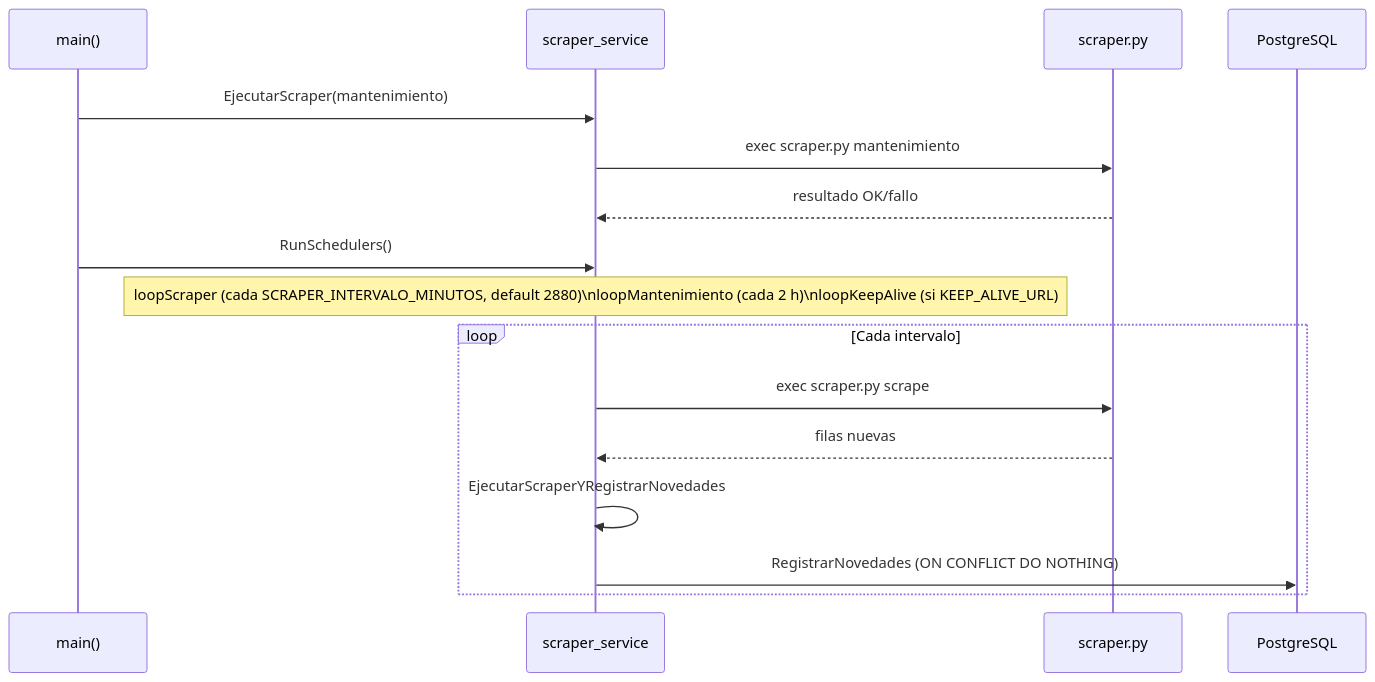
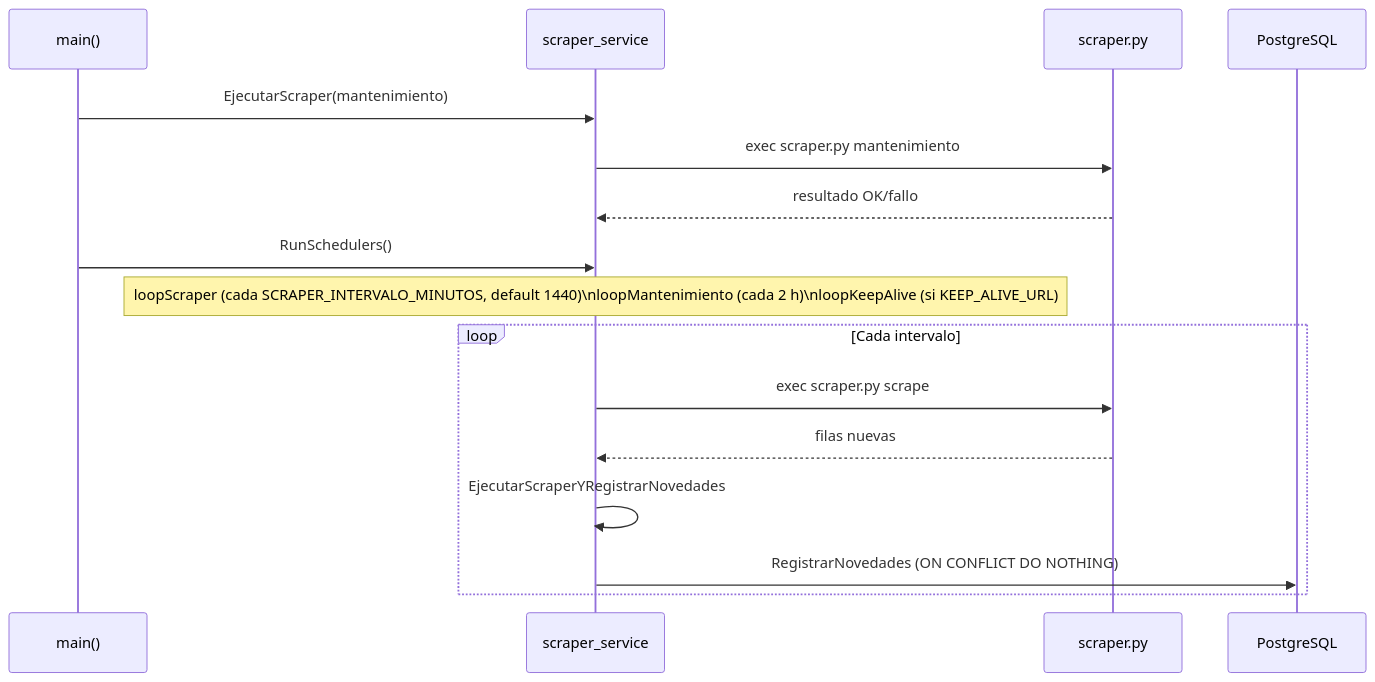
Before and after one commit to FernandezMarcodev/BAsonicos: the fourth of 4 diagrams in docs/arquitectura.md, drawn with Mermaid. The commit also changed other lines of this file and 12 other files, not shown here.

````diff
--- a/docs/arquitectura.md
+++ b/docs/arquitectura.md
@@ -88,19 +86,19 @@
 ```mermaid
 sequenceDiagram
     participant main as main()
     participant S as scraper_service
     participant PY as scraper.py
     participant DB as PostgreSQL
 
     main->>S: EjecutarScraper(mantenimiento)
     S->>PY: exec scraper.py mantenimiento
     PY-->>S: resultado OK/fallo
     main->>S: RunSchedulers()
-    Note over S: loopScraper (cada SCRAPER_INTERVALO_MINUTOS, default 2880)\nloopMantenimiento (cada 2 h)\nloopKeepAlive (si KEEP_ALIVE_URL)
+    Note over S: loopScraper (cada SCRAPER_INTERVALO_MINUTOS, default 1440)\nloopMantenimiento (cada 2 h)\nloopKeepAlive (si KEEP_ALIVE_URL)
     loop Cada intervalo
         S->>PY: exec scraper.py scrape
         PY-->>S: filas nuevas
         S->>S: EjecutarScraperYRegistrarNovedades
         S->>DB: RegistrarNovedades (ON CONFLICT DO NOTHING)
     end
 ```
````
